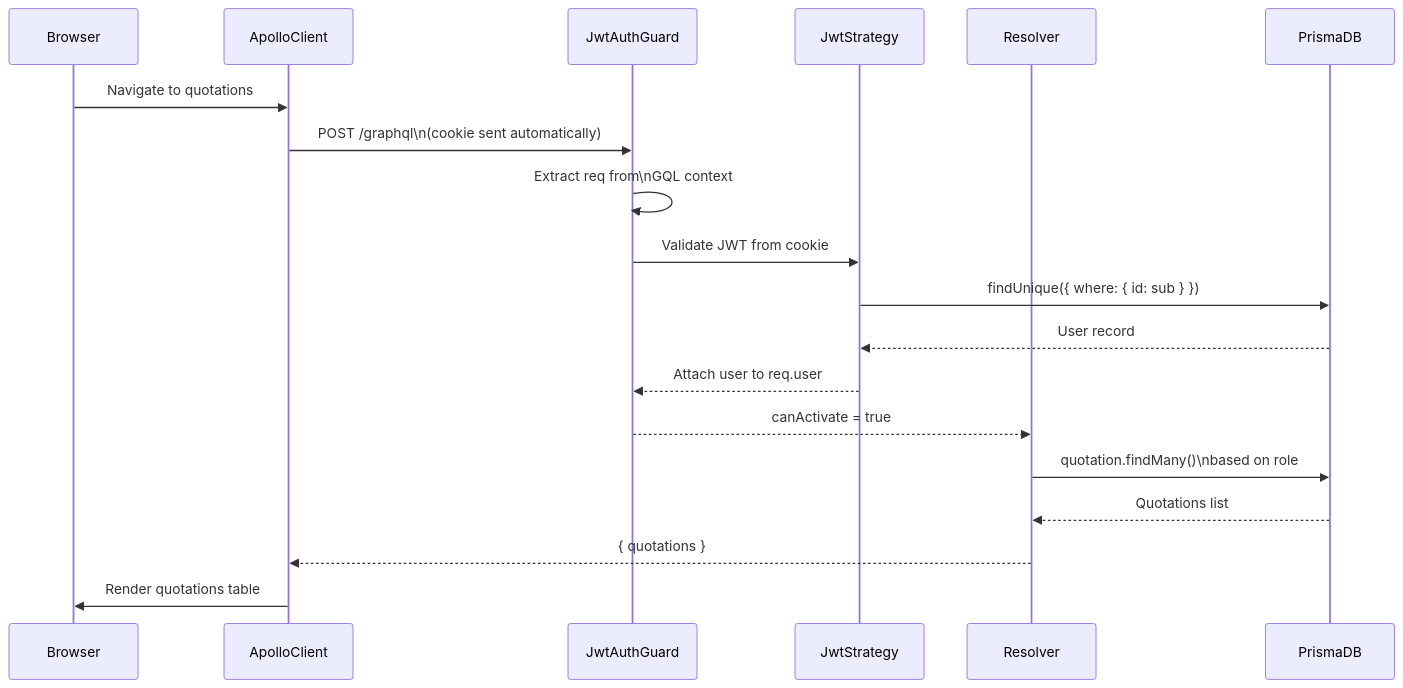
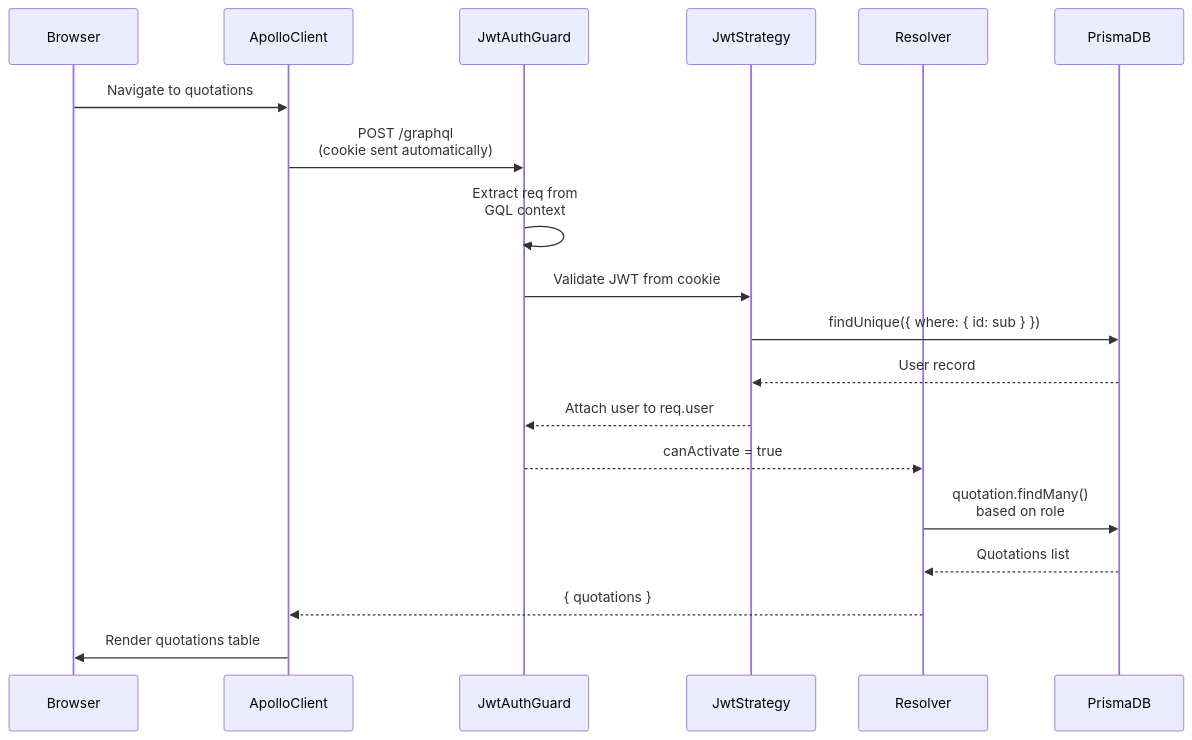
Before and after one commit to Eunice-Amirtharajan/quote-iq: the diagram in docs/flow-protected-query.md, drawn with Mermaid. The commit also changed 3 other files, not shown here.

Commit message:
fix Mermaid line breaks and CICD flow diagram update

````diff
--- a/docs/flow-protected-query.md
+++ b/docs/flow-protected-query.md
@@ -3,22 +3,22 @@
 ```mermaid
 sequenceDiagram
     participant Browser
     participant ApolloClient
     participant JwtAuthGuard
     participant JwtStrategy
     participant Resolver
     participant PrismaDB
 
     Browser->>ApolloClient: Navigate to quotations
-    ApolloClient->>JwtAuthGuard: POST /graphql\n(cookie sent automatically)
-    JwtAuthGuard->>JwtAuthGuard: Extract req from\nGQL context
+    ApolloClient->>JwtAuthGuard: POST /graphql<br/>(cookie sent automatically)
+    JwtAuthGuard->>JwtAuthGuard: Extract req from<br/>GQL context
     JwtAuthGuard->>JwtStrategy: Validate JWT from cookie
     JwtStrategy->>PrismaDB: findUnique({ where: { id: sub } })
     PrismaDB-->>JwtStrategy: User record
     JwtStrategy-->>JwtAuthGuard: Attach user to req.user
     JwtAuthGuard-->>Resolver: canActivate = true
-    Resolver->>PrismaDB: quotation.findMany()\nbased on role
+    Resolver->>PrismaDB: quotation.findMany()<br/>based on role
     PrismaDB-->>Resolver: Quotations list
     Resolver-->>ApolloClient: { quotations }
     ApolloClient->>Browser: Render quotations table
 ```
````
